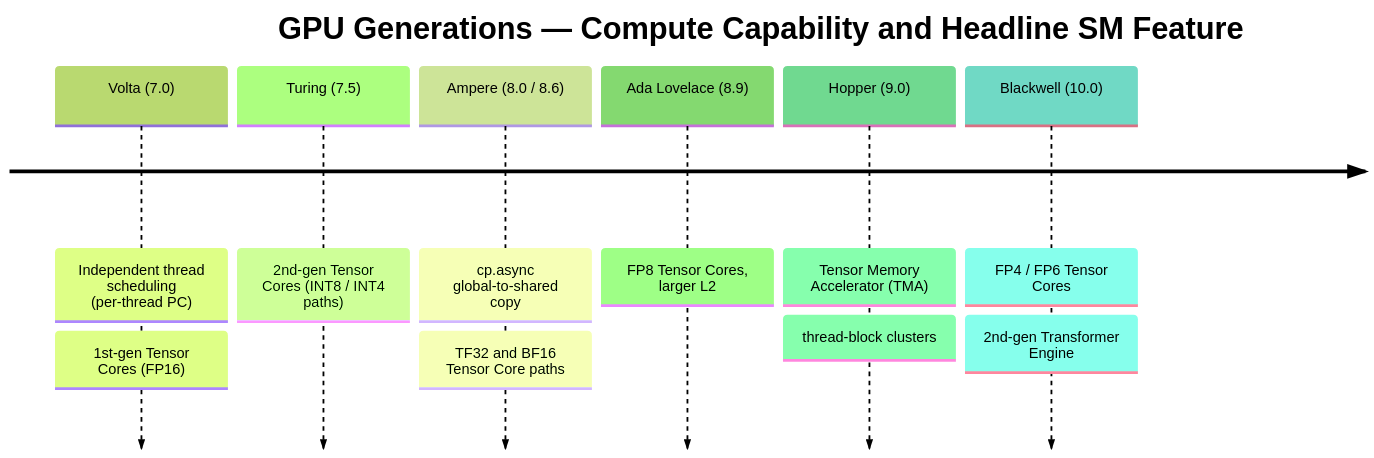
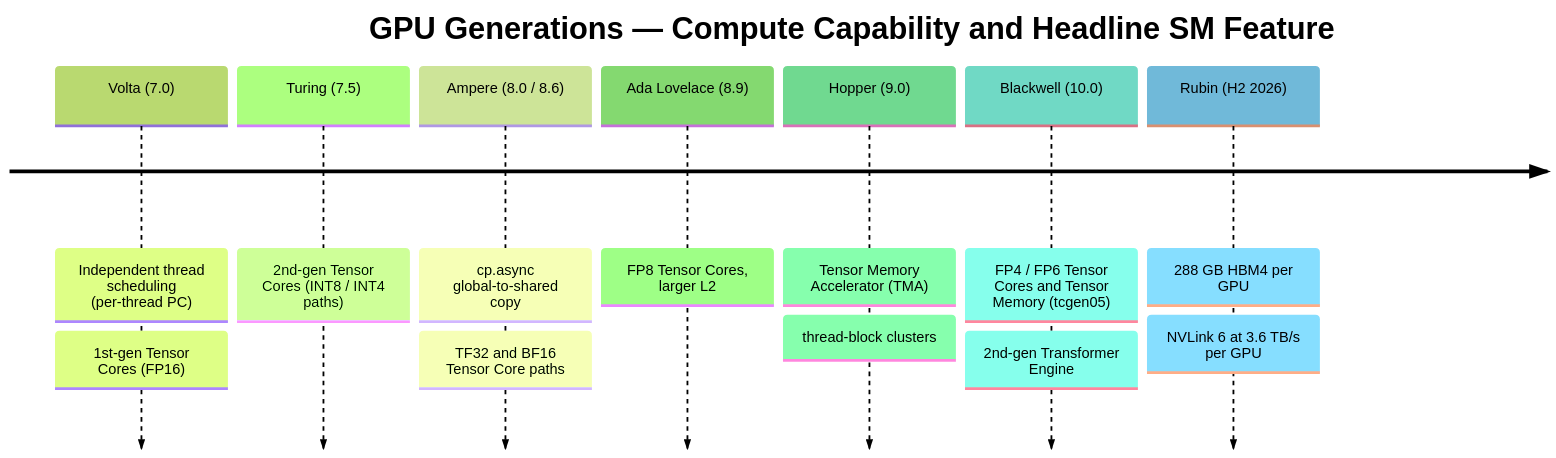
Before and after one commit to rppol/system-design: the first of 6 diagrams in src/main/java/com/rutik/systemdesign/cuda/gpu_hardware_architecture/gpu_hardware_architecture.md, drawn with Mermaid (forest theme). The commit also changed other lines of this file and 466 other files, not shown here.

````diff
--- a/src/main/java/com/rutik/systemdesign/cuda/gpu_hardware_architecture/gpu_hardware_architecture.md
+++ b/src/main/java/com/rutik/systemdesign/cuda/gpu_hardware_architecture/gpu_hardware_architecture.md
@@ -122,14 +123,16 @@
 ```mermaid
 timeline
     title GPU Generations — Compute Capability and Headline SM Feature
     Volta (7.0) : Independent thread scheduling (per-thread PC)
                 : 1st-gen Tensor Cores (FP16)
     Turing (7.5) : 2nd-gen Tensor Cores (INT8 / INT4 paths)
     Ampere (8.0 / 8.6) : cp.async global-to-shared copy
                 : TF32 and BF16 Tensor Core paths
     Ada Lovelace (8.9) : FP8 Tensor Cores, larger L2
     Hopper (9.0) : Tensor Memory Accelerator (TMA)
                 : thread-block clusters
-    Blackwell (10.0) : FP4 / FP6 Tensor Cores
+    Blackwell (10.0) : FP4 / FP6 Tensor Cores and Tensor Memory (tcgen05)
                 : 2nd-gen Transformer Engine
+    Rubin (H2 2026) : 288 GB HBM4 per GPU
+                : NVLink 6 at 3.6 TB/s per GPU
 ```
````
